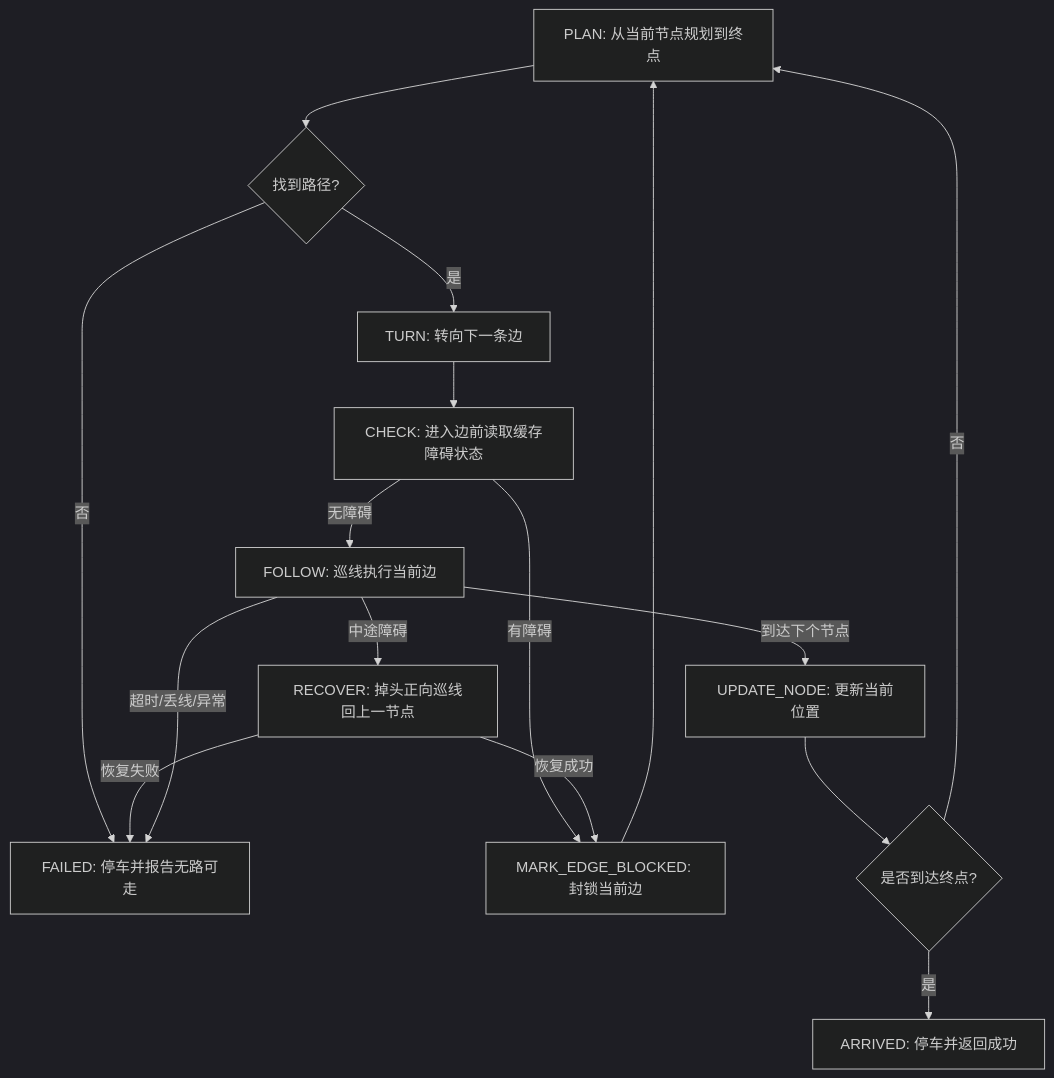
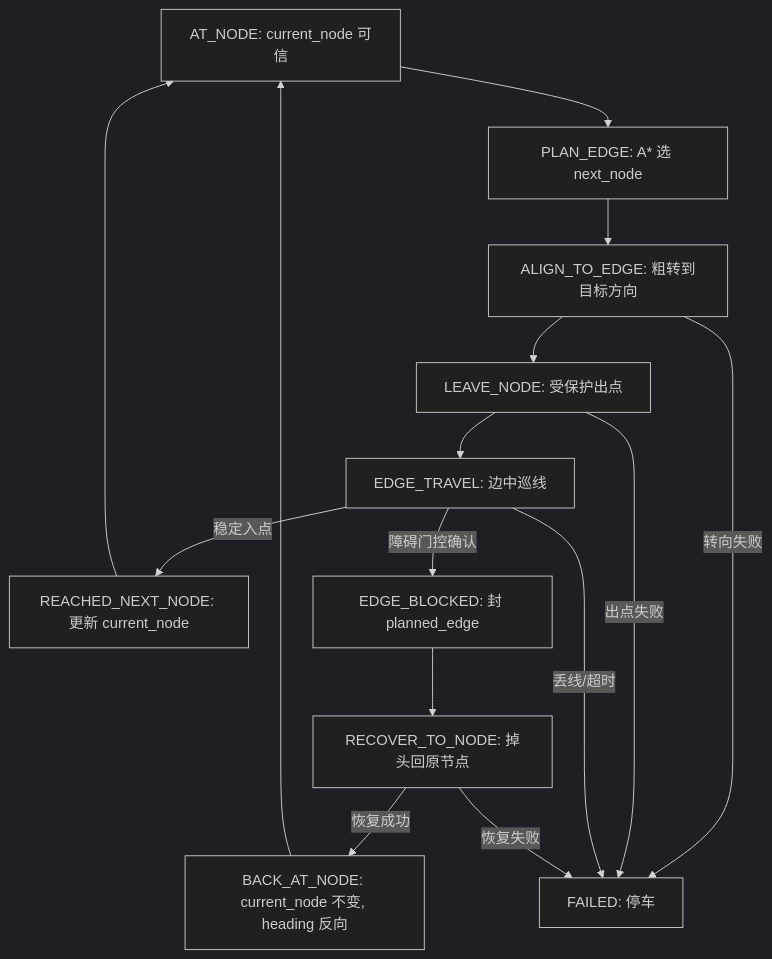
One commit to sry8848/4wd_project changed the diagram in docs/grid-navigation-module-execution.md. Above: the diagram before and after it, drawn with Mermaid (dark theme). The commit also changed other lines of this file, not shown here.

````diff
--- a/docs/grid-navigation-module-execution.md
+++ b/docs/grid-navigation-module-execution.md
@@ -252,18 +241,17 @@
 ```mermaid
 flowchart TD
-    A["PLAN: 从当前节点规划到终点"] --> B{"找到路径?"}
-    B -- "否" --> Z["FAILED: 停车并报告无路可走"]
-    B -- "是" --> C["TURN: 转向下一条边"]
-    C --> D["CHECK: 进入边前读取缓存障碍状态"]
-    D -- "有障碍" --> H["MARK_EDGE_BLOCKED: 封锁当前边"]
-    H --> A
-    D -- "无障碍" --> E["FOLLOW: 巡线执行当前边"]
-    E -- "到达下个节点" --> F["UPDATE_NODE: 更新当前位置"]
-    F --> G{"是否到达终点?"}
-    G -- "是" --> Y["ARRIVED: 停车并返回成功"]
-    G -- "否" --> A
-    E -- "中途障碍" --> I["RECOVER: 掉头正向巡线回上一节点"]
-    I -- "恢复成功" --> H
-    I -- "恢复失败" --> Z
-    E -- "超时/丢线/异常" --> Z
+    A["AT_NODE: current_node 可信"] --> B["PLAN_EDGE: A* 选 next_node"]
+    B --> C["ALIGN_TO_EDGE: 粗转到目标方向"]
+    C --> D["LEAVE_NODE: 受保护出点"]
+    D --> E["EDGE_TRAVEL: 边中巡线"]
+    E -- "稳定入点" --> F["REACHED_NEXT_NODE: 更新 current_node"]
+    F --> A
+    E -- "障碍门控确认" --> G["EDGE_BLOCKED: 封 planned_edge"]
+    G --> H["RECOVER_TO_NODE: 掉头回原节点"]
+    H -- "恢复成功" --> I["BACK_AT_NODE: current_node 不变, heading 反向"]
+    I --> A
+    C -- "转向失败" --> Z["FAILED: 停车"]
+    D -- "出点失败" --> Z
+    E -- "丢线/超时" --> Z
+    H -- "恢复失败" --> Z
 ```
````
